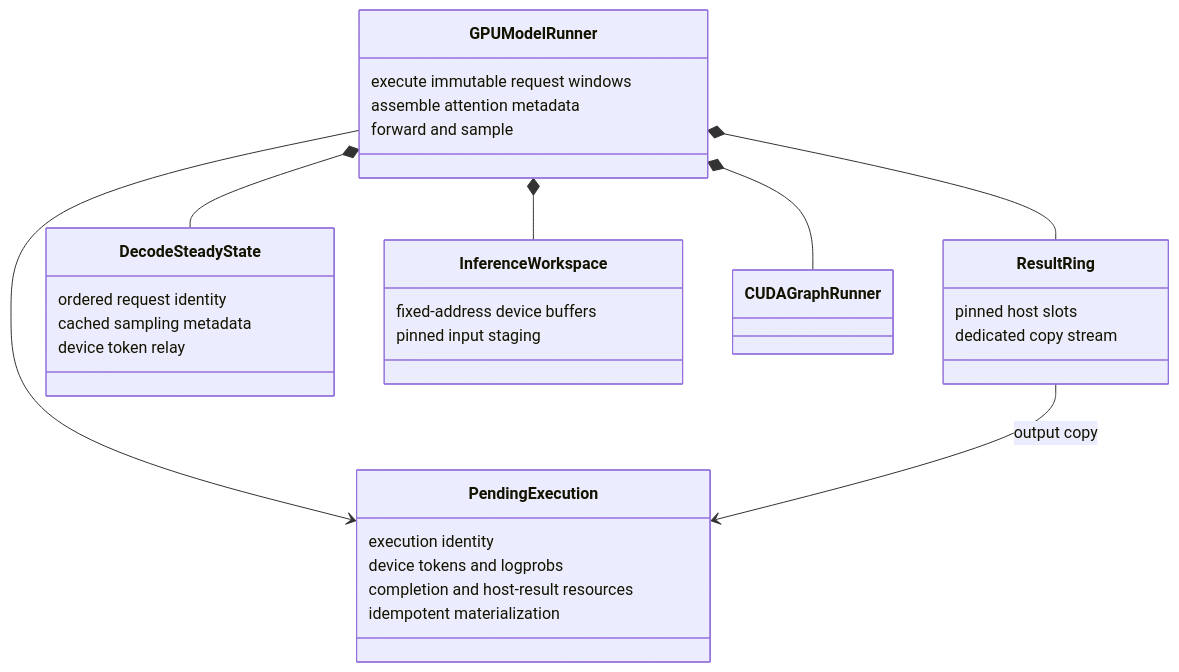
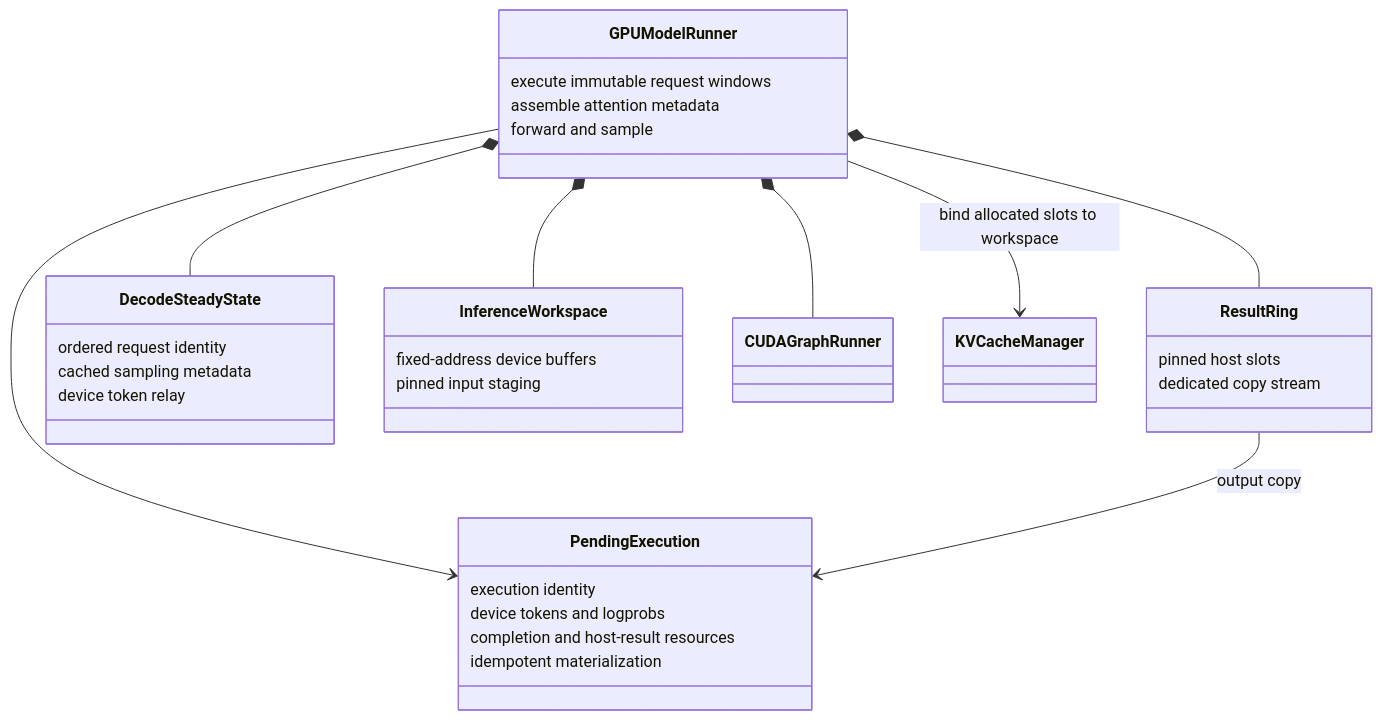
Before and after one commit to ViperEkura/AstrAI: the diagram in docs/developer/inference/worker.md, drawn with Mermaid. The commit also changed other lines of this file and 17 other files, not shown here.

First line of the commit message:
docs: align architecture and runtime contracts

````diff
--- a/docs/developer/inference/worker.md
+++ b/docs/developer/inference/worker.md
@@ -19,36 +28,38 @@
 ```mermaid
 classDiagram
     direction TB
     class GPUModelRunner {
         execute immutable request windows
         assemble attention metadata
         forward and sample
     }
     class PendingExecution {
         execution identity
         device tokens and logprobs
         completion and host-result resources
         idempotent materialization
     }
     class ResultRing {
         pinned host slots
         dedicated copy stream
     }
     class DecodeSteadyState {
         ordered request identity
         cached sampling metadata
         device token relay
     }
     class InferenceWorkspace {
         fixed-address device buffers
         pinned input staging
     }
     class CUDAGraphRunner
+    class KVCacheManager
 
     GPUModelRunner *-- InferenceWorkspace
     GPUModelRunner *-- CUDAGraphRunner
     GPUModelRunner *-- ResultRing
     GPUModelRunner *-- DecodeSteadyState
     GPUModelRunner --> PendingExecution
+    GPUModelRunner --> KVCacheManager : bind allocated slots to workspace
     ResultRing --> PendingExecution : output copy
 ```
````
